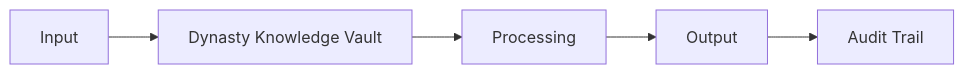
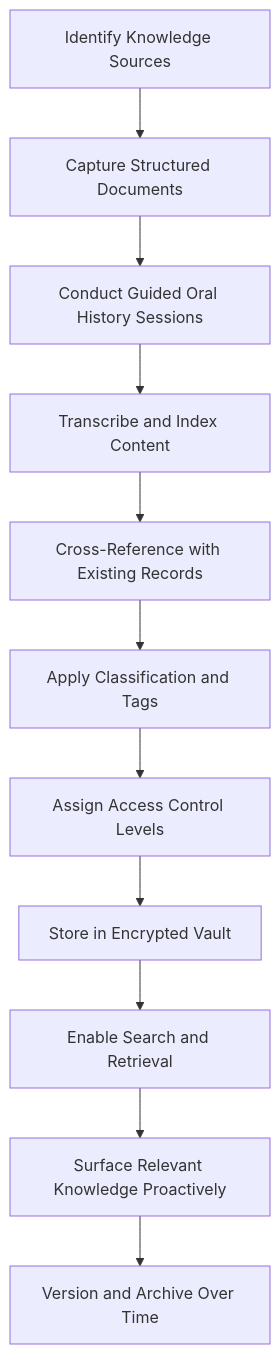
One commit to andrew-leo-2024/marketplace-docs changed the diagram in docs/audiences/05-dynasties/dynasty-knowledge-vault.mdx. Above: the diagram before and after it, drawn with Mermaid. The commit also changed other lines of this file and 401 other files, not shown here.

````diff
--- a/docs/audiences/05-dynasties/dynasty-knowledge-vault.mdx
+++ b/docs/audiences/05-dynasties/dynasty-knowledge-vault.mdx
@@ -29,7 +35,13 @@
 ```mermaid
-graph LR
-    A[Input] --> B[Dynasty Knowledge Vault]
-    B --> C[Processing]
-    C --> D[Output]
-    D --> E[Audit Trail]
+graph TD
+    A[Identify Knowledge Sources] --> B[Capture Structured Documents]
+    B --> C[Conduct Guided Oral History Sessions]
+    C --> D[Transcribe and Index Content]
+    D --> E[Cross-Reference with Existing Records]
+    E --> F[Apply Classification and Tags]
+    F --> G[Assign Access Control Levels]
+    G --> H[Store in Encrypted Vault]
+    H --> I[Enable Search and Retrieval]
+    I --> J[Surface Relevant Knowledge Proactively]
+    J --> K[Version and Archive Over Time]
 ```
````
